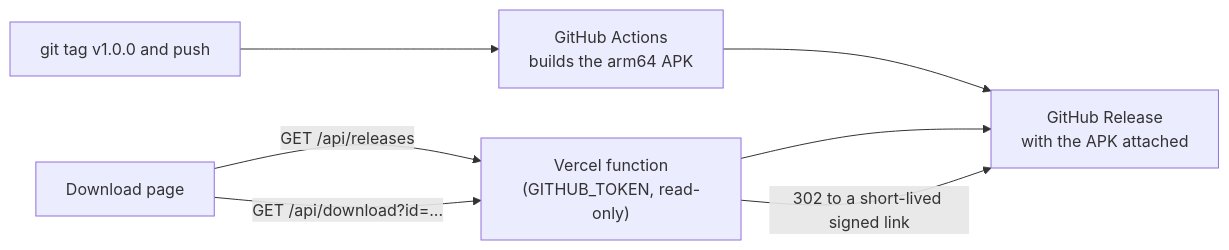
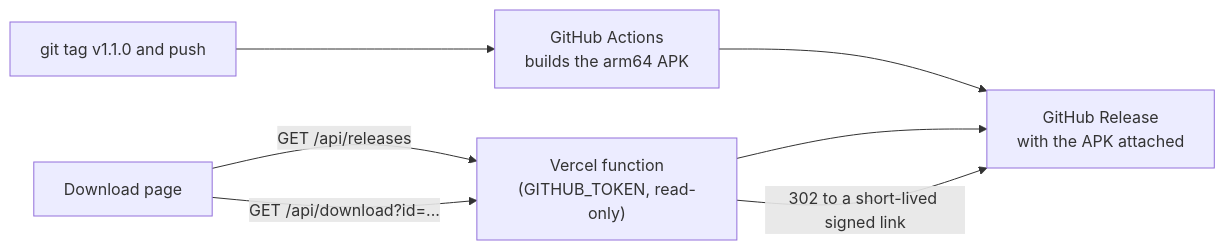
Before and after one commit to CodeKheb/Clingy: the fifth of 5 diagrams in ARCHITECTURE.md, drawn with Mermaid. The commit also changed other lines of this file and 1 other file, not shown here.

Commit message:
Update README and ARCHITECTURE for classes, COR scan, nudges and splash

````diff
--- a/ARCHITECTURE.md
+++ b/ARCHITECTURE.md
@@ -185,9 +204,9 @@
 ```mermaid
 flowchart LR
-  T["git tag v1.0.0 and push"] --> A["GitHub Actions<br/>builds the arm64 APK"]
+  T["git tag v1.1.0 and push"] --> A["GitHub Actions<br/>builds the arm64 APK"]
   A --> R["GitHub Release<br/>with the APK attached"]
   P["Download page"] -- "GET /api/releases" --> F["Vercel function<br/>(GITHUB_TOKEN, read-only)"]
   F --> R
   P -- "GET /api/download?id=..." --> F
   F -- "302 to a short-lived signed link" --> R
 ```
````
